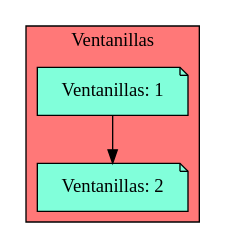
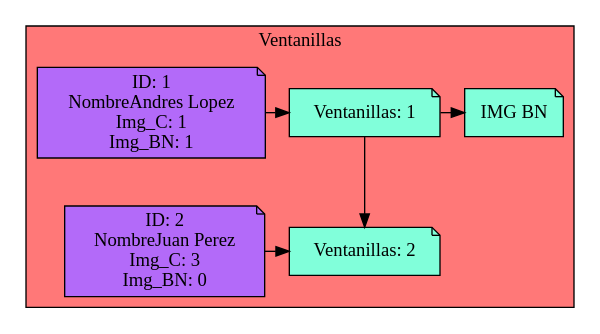
Before and after one commit to Serch-ING/EDD_UDRAWING_202000119: the diagram in Simple_Windows.dot, drawn with Graphviz. The commit also changed 8 other files, not shown here.

```diff
--- a/Simple_Windows.dot
+++ b/Simple_Windows.dot
@@ -1,12 +1,26 @@
 digraph L {
 node[shape=note fillcolor="#A181FF" style =filled]
 subgraph cluster_p{
     label= " Ventanillas "
     bgcolor = "#FF7878"
-Nodo1661081225[label="Ventanillas: 1",fillcolor="#81FFDA",group=1]
-Nodo1882554559[label="Ventanillas: 2",fillcolor="#81FFDA",group=2]
+Nodo1882554559[label="Ventanillas: 1",fillcolor="#81FFDA",group=1]
+Nodo1049817027[label="Ventanillas: 2",fillcolor="#81FFDA",group=2]
 
-Nodo1661081225 -> Nodo1882554559
+Nodo1882554559 -> Nodo1049817027
 
-{rank=same;Nodo1661081225}
-{rank=same;Nodo1882554559}}}
+Cliente644345897[label="ID: 1
+NombreAndres Lopez
+Img_C: 1
+Img_BN: 1",fillcolor="#B36AF9",group=1]
+Cliente644345897-> Nodo1882554559
+Nodo1472682156[label="IMG BN",fillcolor="#81FFDA"]
+
+Nodo1882554559 -> Nodo1472682156
+
+{rank=same;Nodo1882554559,Cliente644345897,Nodo1472682156}
+Cliente178049969[label="ID: 2
+NombreJuan Perez
+Img_C: 3
+Img_BN: 0",fillcolor="#B36AF9",group=2]
+Cliente178049969-> Nodo1049817027
+{rank=same;Nodo1049817027,Cliente178049969}}}
```
